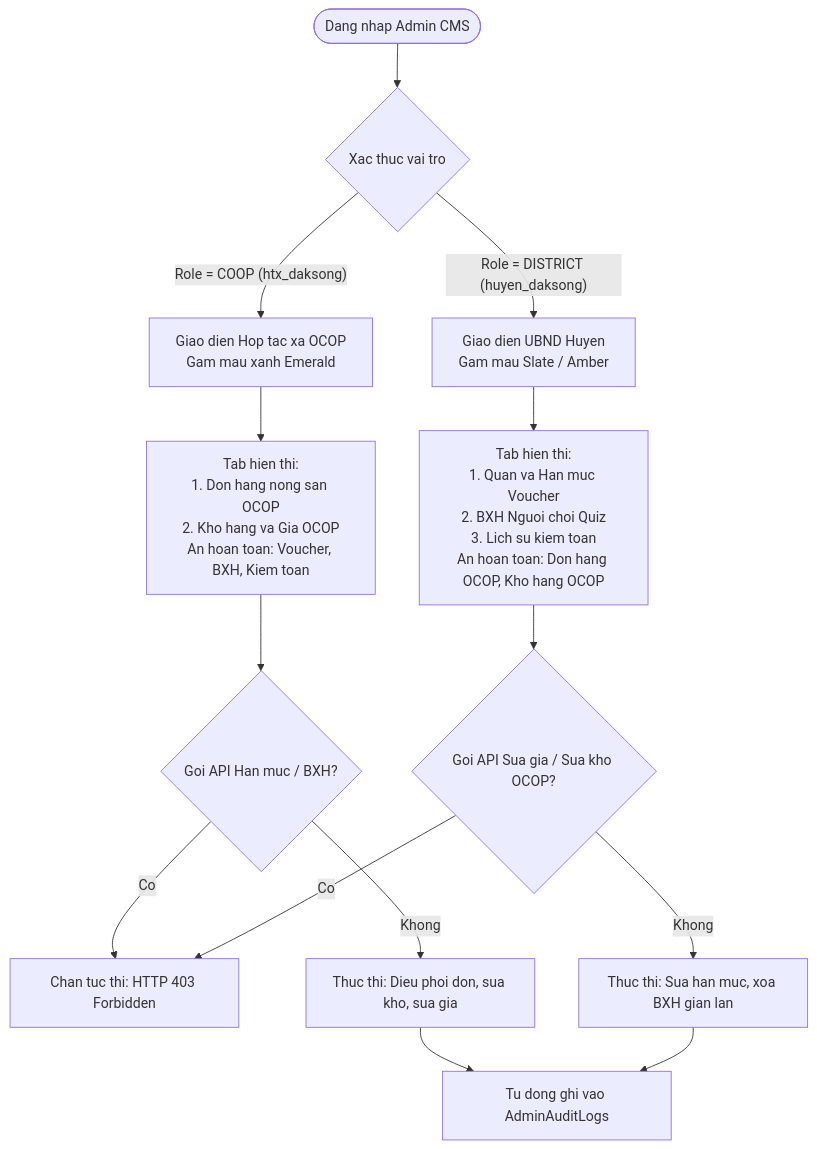
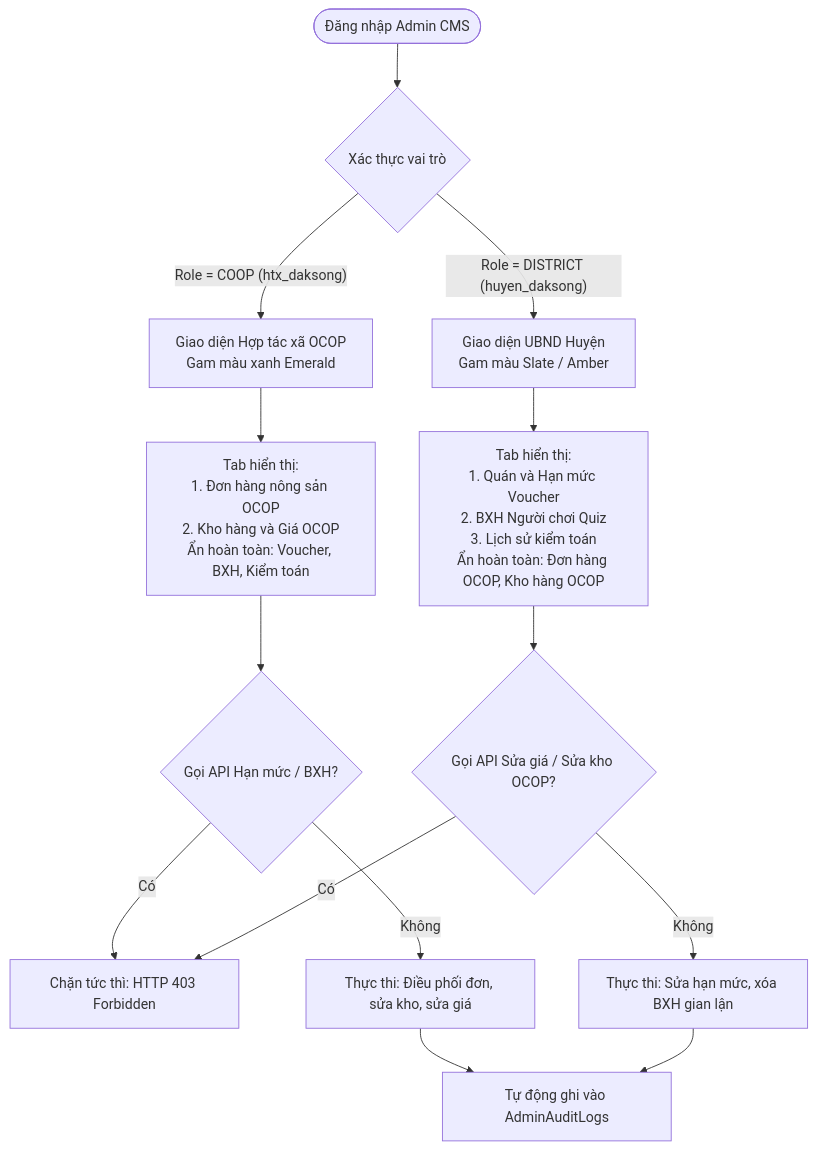
One commit to ZangKai2k3/dak-song-quest changed the eighth of 10 diagrams in MO_TA_HE_THONG.md. Above: the diagram before and after it, drawn with Mermaid. The commit also changed other lines of this file and 2 other files, not shown here.

Commit message:
docs: chuyen doi toan bo file md sang tieng Viet co dau chuan chinh, khong emoji

````diff
--- a/MO_TA_HE_THONG.md
+++ b/MO_TA_HE_THONG.md
@@ -668,20 +668,20 @@
 ```mermaid
 flowchart TD
-    LoginAdmin([Dang nhap Admin CMS]) --> CheckRole{Xac thuc vai tro}
-    CheckRole -- "Role = COOP (htx_daksong)" --> LoadCoopUI[Giao dien Hop tac xa OCOP\nGam mau xanh Emerald]
-    CheckRole -- "Role = DISTRICT (huyen_daksong)" --> LoadDistUI[Giao dien UBND Huyen\nGam mau Slate / Amber]
+    LoginAdmin(["Đăng nhập Admin CMS"]) --> CheckRole{"Xác thực vai trò"}
+    CheckRole -- "Role = COOP (htx_daksong)" --> LoadCoopUI["Giao diện Hợp tác xã OCOP\nGam màu xanh Emerald"]
+    CheckRole -- "Role = DISTRICT (huyen_daksong)" --> LoadDistUI["Giao diện UBND Huyện\nGam màu Slate / Amber"]
     
-    LoadCoopUI --> CoopTabs[Tab hien thi:\n1. Don hang nong san OCOP\n2. Kho hang va Gia OCOP\nAn hoan toan: Voucher, BXH, Kiem toan]
-    LoadDistUI --> DistTabs[Tab hien thi:\n1. Quan va Han muc Voucher\n2. BXH Nguoi choi Quiz\n3. Lich su kiem toan\nAn hoan toan: Don hang OCOP, Kho hang OCOP]
+    LoadCoopUI --> CoopTabs["Tab hiển thị:\n1. Đơn hàng nông sản OCOP\n2. Kho hàng và Giá OCOP\nẨn hoàn toàn: Voucher, BXH, Kiểm toán"]
+    LoadDistUI --> DistTabs["Tab hiển thị:\n1. Quán và Hạn mức Voucher\n2. BXH Người chơi Quiz\n3. Lịch sử kiểm toán\nẨn hoàn toàn: Đơn hàng OCOP, Kho hàng OCOP"]
     
-    CoopTabs --> CoopAPI{Goi API Han muc / BXH?}
-    CoopAPI -- "Co" --> Error403[Chan tuc thi: HTTP 403 Forbidden]
-    CoopAPI -- "Khong" --> ExecCoop[Thuc thi: Dieu phoi don, sua kho, sua gia]
+    CoopTabs --> CoopAPI{"Gọi API Hạn mức / BXH?"}
+    CoopAPI -- "Có" --> Error403["Chặn tức thì: HTTP 403 Forbidden"]
+    CoopAPI -- "Không" --> ExecCoop["Thực thi: Điều phối đơn, sửa kho, sửa giá"]
     
-    DistTabs --> DistAPI{Goi API Sua gia / Sua kho OCOP?}
-    DistAPI -- "Co" --> Error403
-    DistAPI -- "Khong" --> ExecDist[Thuc thi: Sua han muc, xoa BXH gian lan]
+    DistTabs --> DistAPI{"Gọi API Sửa giá / Sửa kho OCOP?"}
+    DistAPI -- "Có" --> Error403
+    DistAPI -- "Không" --> ExecDist["Thực thi: Sửa hạn mức, xóa BXH gian lận"]
     
-    ExecCoop --> WriteAudit[Tu dong ghi vao AdminAuditLogs]
+    ExecCoop --> WriteAudit["Tự động ghi vào AdminAuditLogs"]
     ExecDist --> WriteAudit
 ```
````
